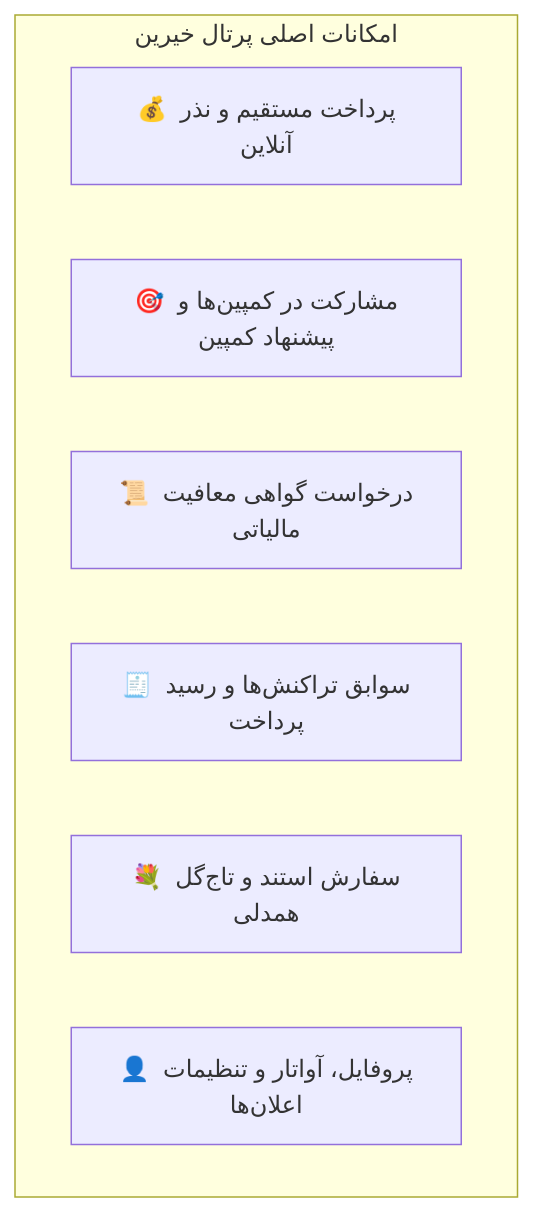
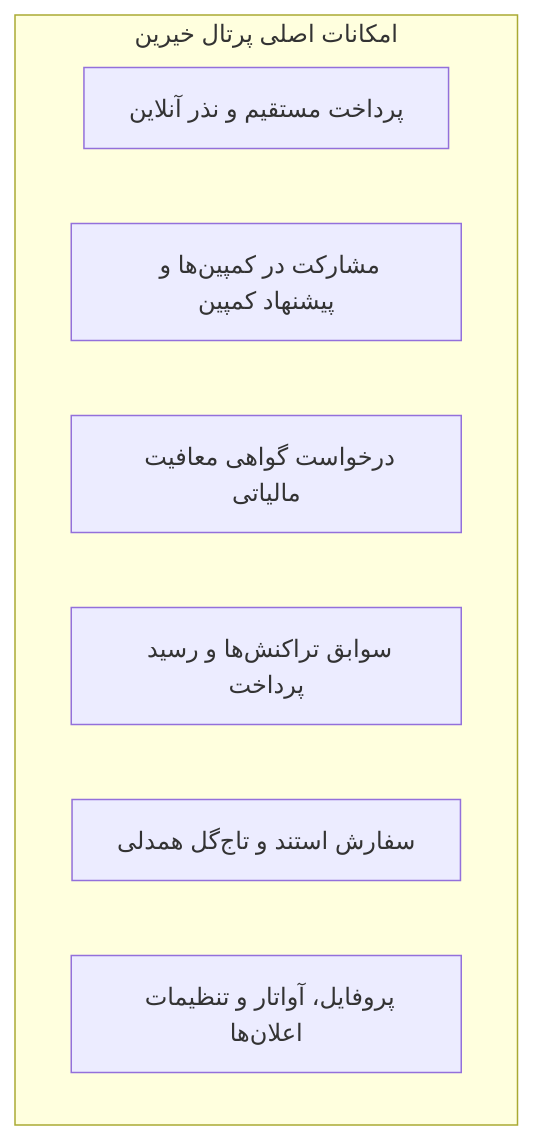
Before and after one commit to GhaffariZ/Maxa-charity: the diagram in docs/user-manual/18-benefactor-dashboard.md, drawn with Mermaid. The commit also changed other lines of this file and 52 other files, not shown here.

````diff
--- a/docs/user-manual/18-benefactor-dashboard.md
+++ b/docs/user-manual/18-benefactor-dashboard.md
@@ -13,11 +13,11 @@
 ```mermaid
 graph TD
-    subgraph BenefactorFeatures [امکانات اصلی پرتال خیرین]
-        F1["💰 پرداخت مستقیم و نذر آنلاین"]
-        F2["🎯 مشارکت در کمپین‌ها و پیشنهاد کمپین"]
-        F3["📜 درخواست گواهی معافیت مالیاتی"]
-        F4["🧾 سوابق تراکنش‌ها و رسید پرداخت"]
-        F5["💐 سفارش استند و تاج‌گل همدلی"]
-        F6["👤 پروفایل، آواتار و تنظیمات اعلان‌ها"]
-    end
+ subgraph BenefactorFeatures [امکانات اصلی پرتال خیرین]
+ F1[" پرداخت مستقیم و نذر آنلاین"]
+ F2[" مشارکت در کمپین‌ها و پیشنهاد کمپین"]
+ F3[" درخواست گواهی معافیت مالیاتی"]
+ F4[" سوابق تراکنش‌ها و رسید پرداخت"]
+ F5[" سفارش استند و تاج‌گل همدلی"]
+ F6[" پروفایل، آواتار و تنظیمات اعلان‌ها"]
+ end
 ```
````
